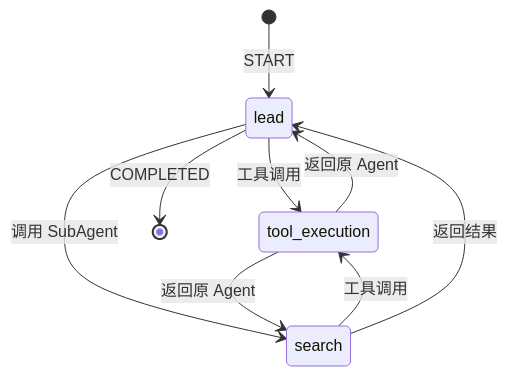
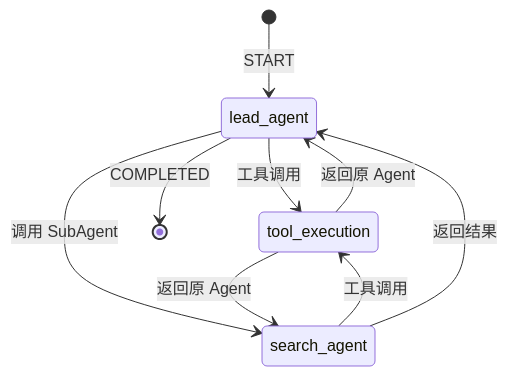
One commit to Neutrino1998/artifact-flow changed the second of 2 diagrams in docs/architecture/core.md. Above: the diagram before and after it, drawn with Mermaid. The commit also changed other lines of this file and 5 other files, not shown here.

````diff
--- a/docs/architecture/core.md
+++ b/docs/architecture/core.md
@@ -243,14 +320,14 @@
 ```mermaid
 stateDiagram-v2
-    [*] --> lead: START
+    [*] --> lead_agent: START
 
-    lead --> tool_execution: 工具调用
-    lead --> search: 调用 SubAgent
-    lead --> [*]: COMPLETED
+    lead_agent --> tool_execution: 工具调用
+    lead_agent --> search_agent: 调用 SubAgent
+    lead_agent --> [*]: COMPLETED
 
-    search --> tool_execution: 工具调用
-    search --> lead: 返回结果
+    search_agent --> tool_execution: 工具调用
+    search_agent --> lead_agent: 返回结果
 
-    tool_execution --> lead: 返回原 Agent
-    tool_execution --> search: 返回原 Agent
+    tool_execution --> lead_agent: 返回原 Agent
+    tool_execution --> search_agent: 返回原 Agent
 ```
````
